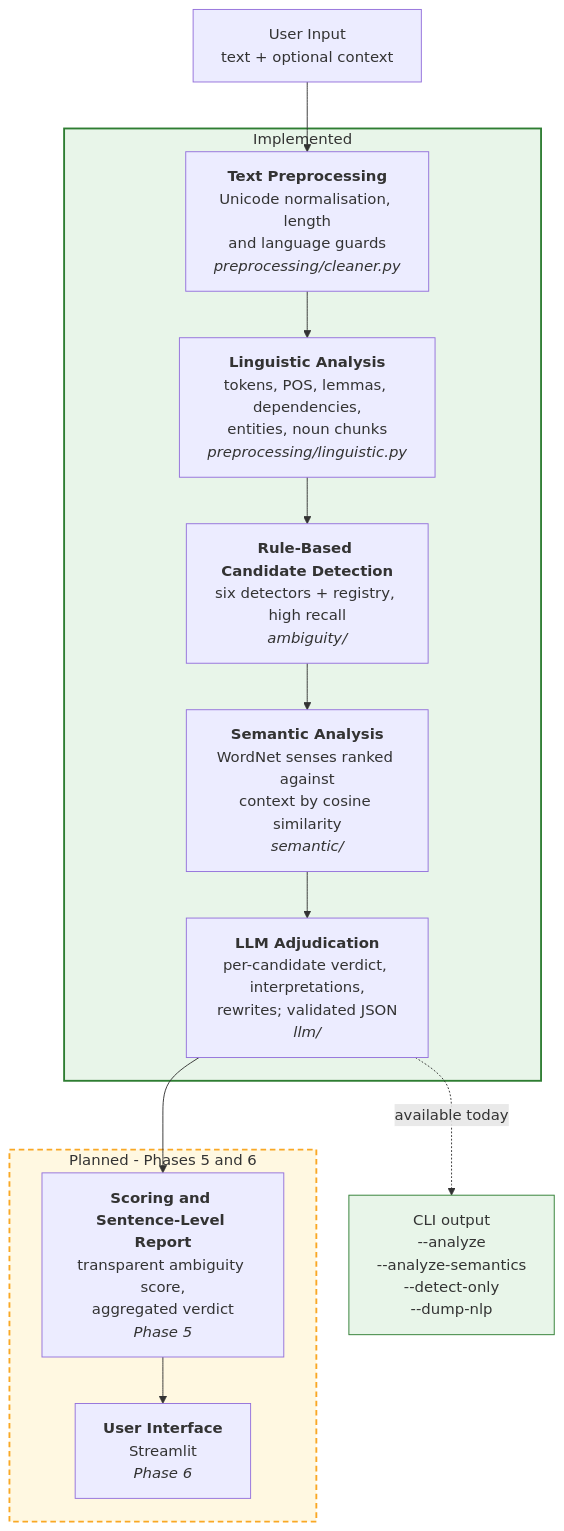
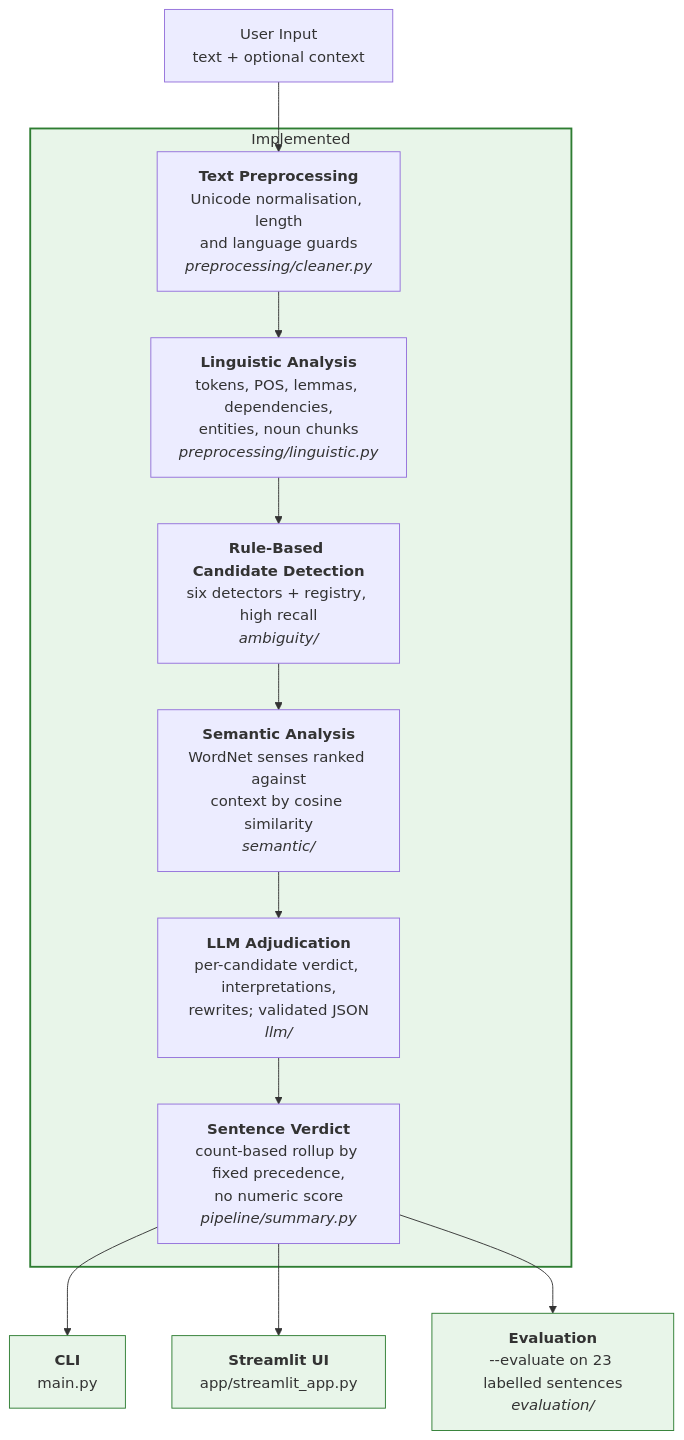
The first of 3 diagrams in README.md (chanchalagrawal0107/NLP-based-ambiguity-detector), drawn with Mermaid before and after one commit. The commit also changed other lines of this file and 22 other files, not shown here.

````diff
--- a/README.md
+++ b/README.md
@@ -301,27 +300,23 @@
 ```mermaid
 flowchart TD
     A["User Input<br/>text + optional context"] --> B
 
     subgraph BUILT ["Implemented"]
         B["<b>Text Preprocessing</b><br/>Unicode normalisation, length<br/>and language guards<br/><i>preprocessing/cleaner.py</i>"]
         C["<b>Linguistic Analysis</b><br/>tokens, POS, lemmas, dependencies,<br/>entities, noun chunks<br/><i>preprocessing/linguistic.py</i>"]
         D["<b>Rule-Based Candidate Detection</b><br/>six detectors + registry, high recall<br/><i>ambiguity/</i>"]
         E["<b>Semantic Analysis</b><br/>WordNet senses ranked against<br/>context by cosine similarity<br/><i>semantic/</i>"]
         F["<b>LLM Adjudication</b><br/>per-candidate verdict, interpretations,<br/>rewrites; validated JSON<br/><i>llm/</i>"]
-        B --> C --> D --> E --> F
+        G["<b>Sentence Verdict</b><br/>count-based rollup by fixed precedence,<br/>no numeric score<br/><i>pipeline/summary.py</i>"]
+        B --> C --> D --> E --> F --> G
     end
 
-    F --> G
-
-    subgraph PLANNED ["Planned - Phases 5 and 6"]
-        G["<b>Scoring and Sentence-Level Report</b><br/>transparent ambiguity score,<br/>aggregated verdict<br/><i>Phase 5</i>"]
-        I["<b>User Interface</b><br/>Streamlit<br/><i>Phase 6</i>"]
-        G --> I
-    end
-
-    F -.->|"available today"| J["CLI output<br/>--analyze<br/>--analyze-semantics<br/>--detect-only<br/>--dump-nlp"]
+    G --> H["<b>CLI</b><br/>main.py"]
+    G --> I["<b>Streamlit UI</b><br/>app/streamlit_app.py"]
+    G --> J["<b>Evaluation</b><br/>--evaluate on 23 labelled sentences<br/><i>evaluation/</i>"]
 
     style BUILT fill:#e8f5e9,stroke:#2e7d32,stroke-width:2px
-    style PLANNED fill:#fff8e1,stroke:#f9a825,stroke-width:2px,stroke-dasharray: 6 4
+    style H fill:#e8f5e9,stroke:#2e7d32
+    style I fill:#e8f5e9,stroke:#2e7d32
     style J fill:#e8f5e9,stroke:#2e7d32
 ```
````
